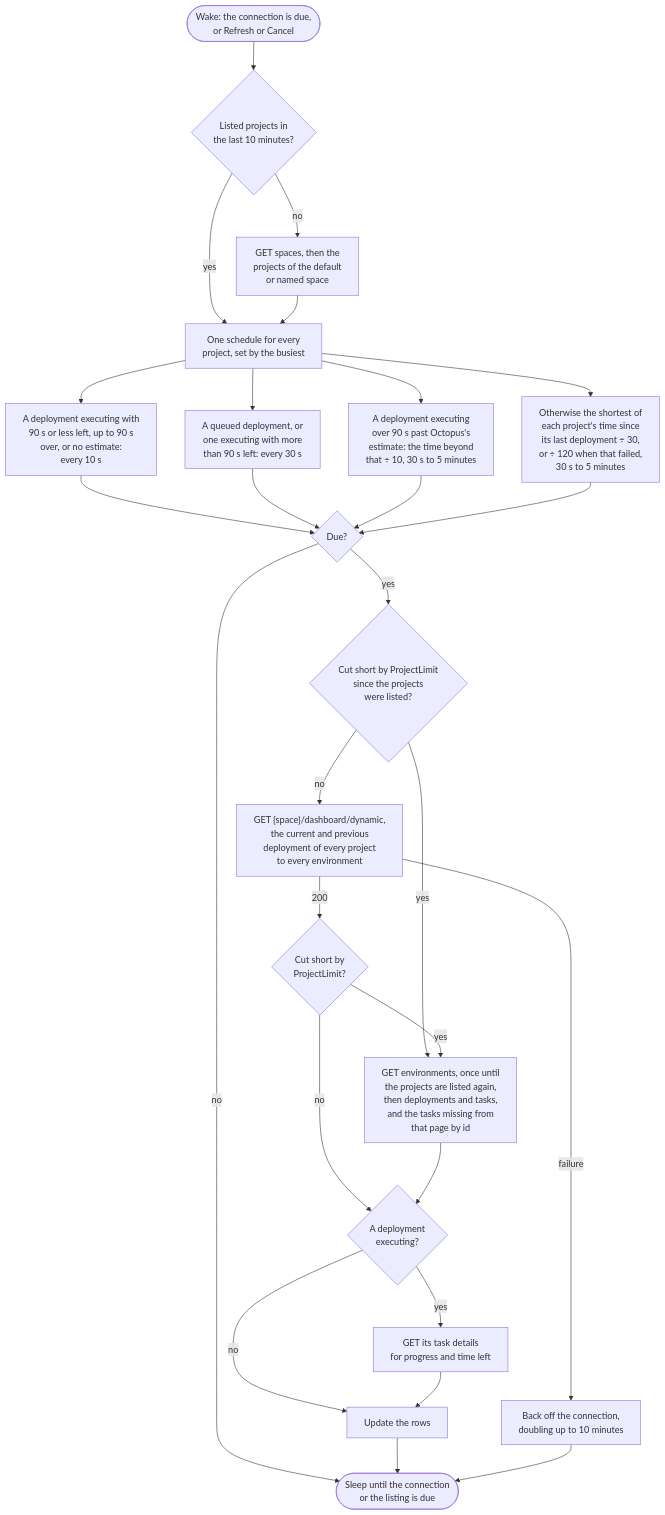
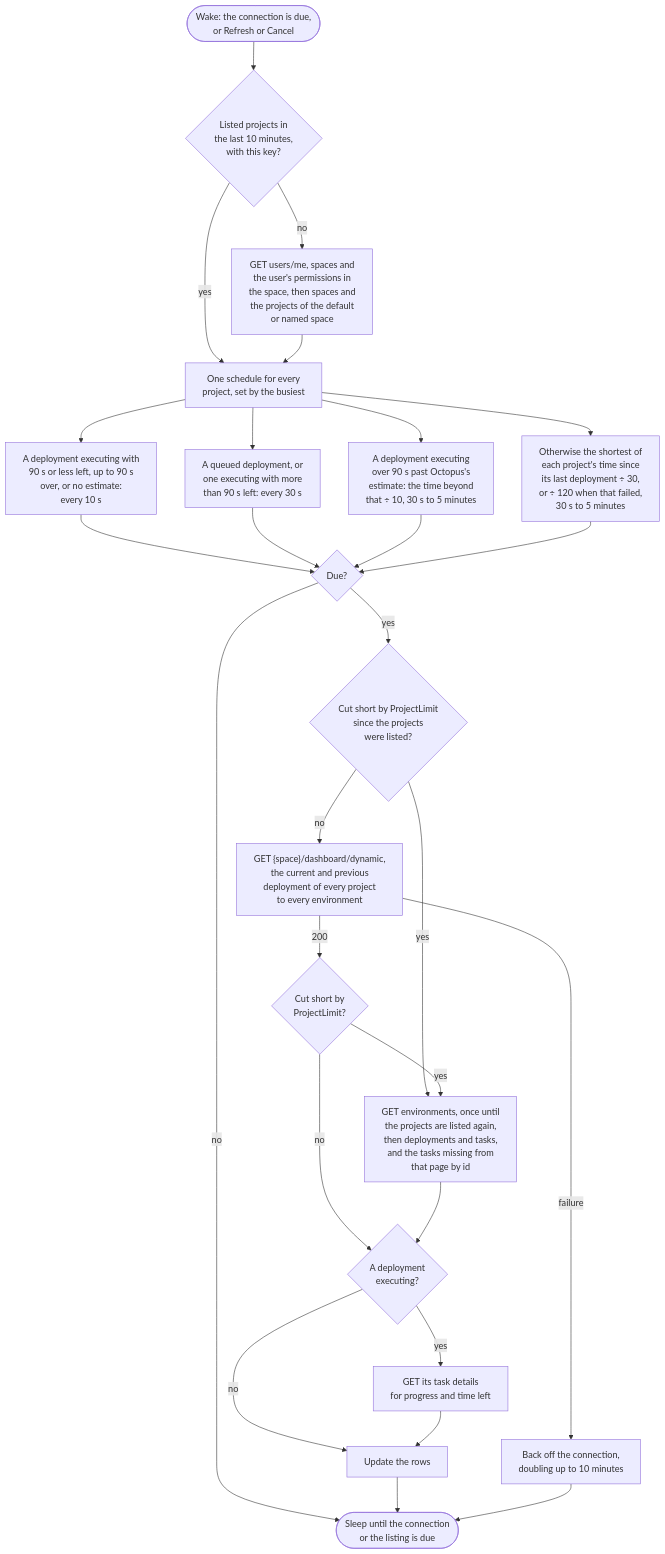
The diagram in docs/mdsource/providers/octopus.source.md (SimonCropp/BuildMonitor), drawn with Mermaid before and after one commit. The commit also changed other lines of this file and 99 other files, not shown here.

````diff
--- a/docs/mdsource/providers/octopus.source.md
+++ b/docs/mdsource/providers/octopus.source.md
@@ -38,34 +40,34 @@
 ```mermaid
 ---
 config:
   flowchart:
     wrappingWidth: 400
 ---
 flowchart TD
-    wake(["Wake: the connection is due,<br/>or Refresh or Cancel"]) --> listed{"Listed projects in<br/>the last 10 minutes?"}
-    listed -- "no" --> discover["GET spaces, then the<br/>projects of the default<br/>or named space"]
+    wake(["Wake: the connection is due,<br/>or Refresh or Cancel"]) --> listed{"Listed projects in<br/>the last 10 minutes,<br/>with this key?"}
+    listed -- "no" --> discover["GET users/me, spaces and<br/>the user's permissions in<br/>the space, then spaces and<br/>the projects of the default<br/>or named space"]
     listed -- "yes" --> interval["One schedule for every<br/>project, set by the busiest"]
     discover --> interval
     interval --> finishing["A deployment executing with<br/>90 s or less left, up to 90 s<br/>over, or no estimate:<br/>every 10 s"]
     interval --> running["A queued deployment, or<br/>one executing with more<br/>than 90 s left: every 30 s"]
     interval --> overrun["A deployment executing<br/>over 90 s past Octopus's<br/>estimate: the time beyond<br/>that ÷ 10, 30 s to 5 minutes"]
     interval --> quiet["Otherwise the shortest of<br/>each project's time since<br/>its last deployment ÷ 30,<br/>or ÷ 120 when that failed,<br/>30 s to 5 minutes"]
     finishing --> due{"Due?"}
     running --> due
     overrun --> due
     quiet --> due
     due -- "no" --> sleep(["Sleep until the connection<br/>or the listing is due"])
     due -- "yes" --> known{"Cut short by ProjectLimit<br/>since the projects<br/>were listed?"}
     known -- "no" --> fetch["GET {space}/dashboard/dynamic,<br/>the current and previous<br/>deployment of every project<br/>to every environment"]
     known -- "yes" --> separately
     fetch -- "200" --> limited{"Cut short by<br/>ProjectLimit?"}
     limited -- "yes" --> separately["GET environments, once until<br/>the projects are listed again,<br/>then deployments and tasks,<br/>and the tasks missing from<br/>that page by id"]
     limited -- "no" --> executing{"A deployment<br/>executing?"}
     separately --> executing
     executing -- "yes" --> details["GET its task details<br/>for progress and time left"]
     executing -- "no" --> rows["Update the rows"]
     details --> rows
     fetch -- "failure" --> backoff["Back off the connection,<br/>doubling up to 10 minutes"]
     rows --> sleep
     backoff --> sleep
 ```
````
